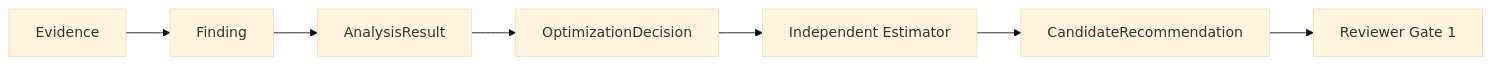
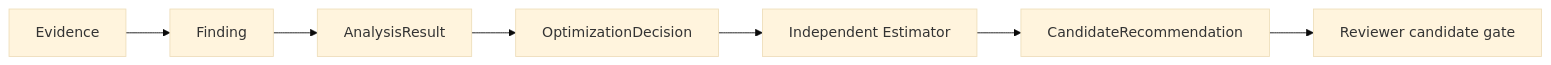
Before and after one commit to thiaga-gk/expert-funicular: the eighth of 19 diagrams in docs/architecture/context.md, drawn with Mermaid (base theme). The commit also changed other lines of this file and 11 other files, not shown here.

First line of the commit message:
Reorg Phase 10 step E: docs describe the capability architecture

````diff
--- a/docs/architecture/context.md
+++ b/docs/architecture/context.md
@@ -438,9 +438,9 @@
 ```mermaid
 flowchart LR
     E[Evidence] --> F[Finding]
     F --> A[AnalysisResult]
     A --> O[OptimizationDecision]
     O --> EST[Independent Estimator]
     EST --> C[CandidateRecommendation]
-    C --> R[Reviewer Gate 1]
+    C --> R[Reviewer candidate gate]
 ```
````
